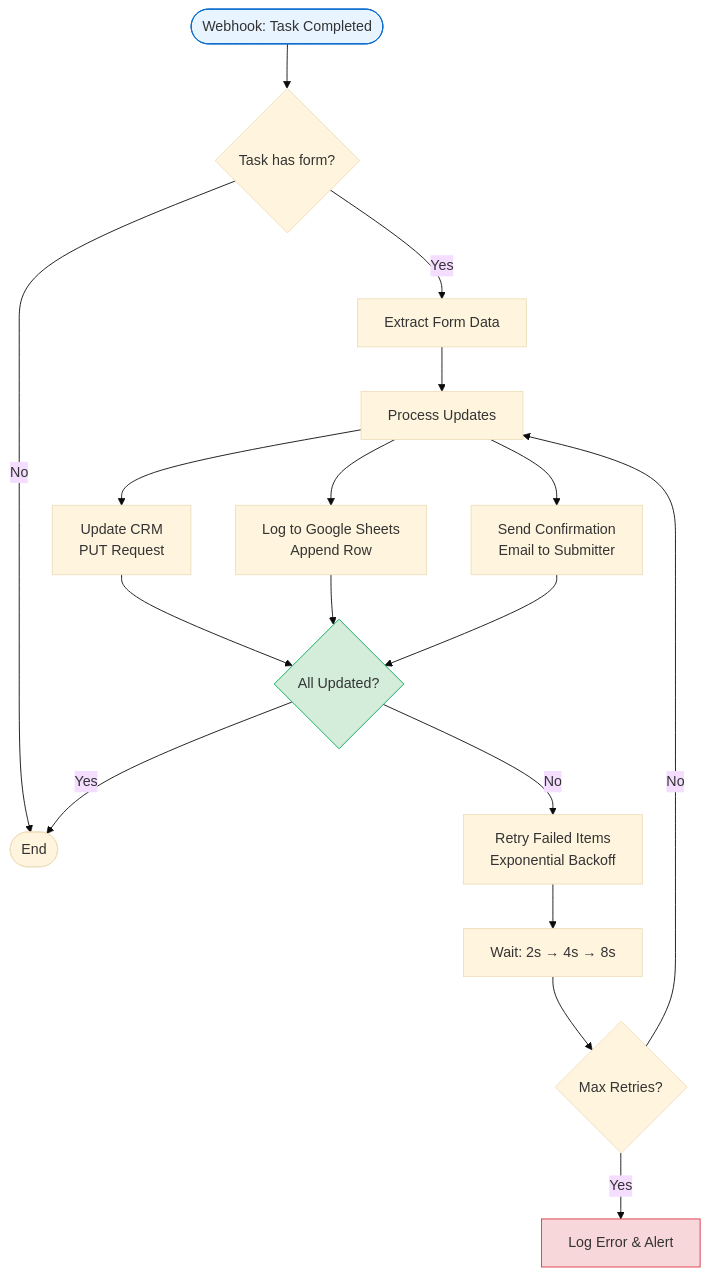
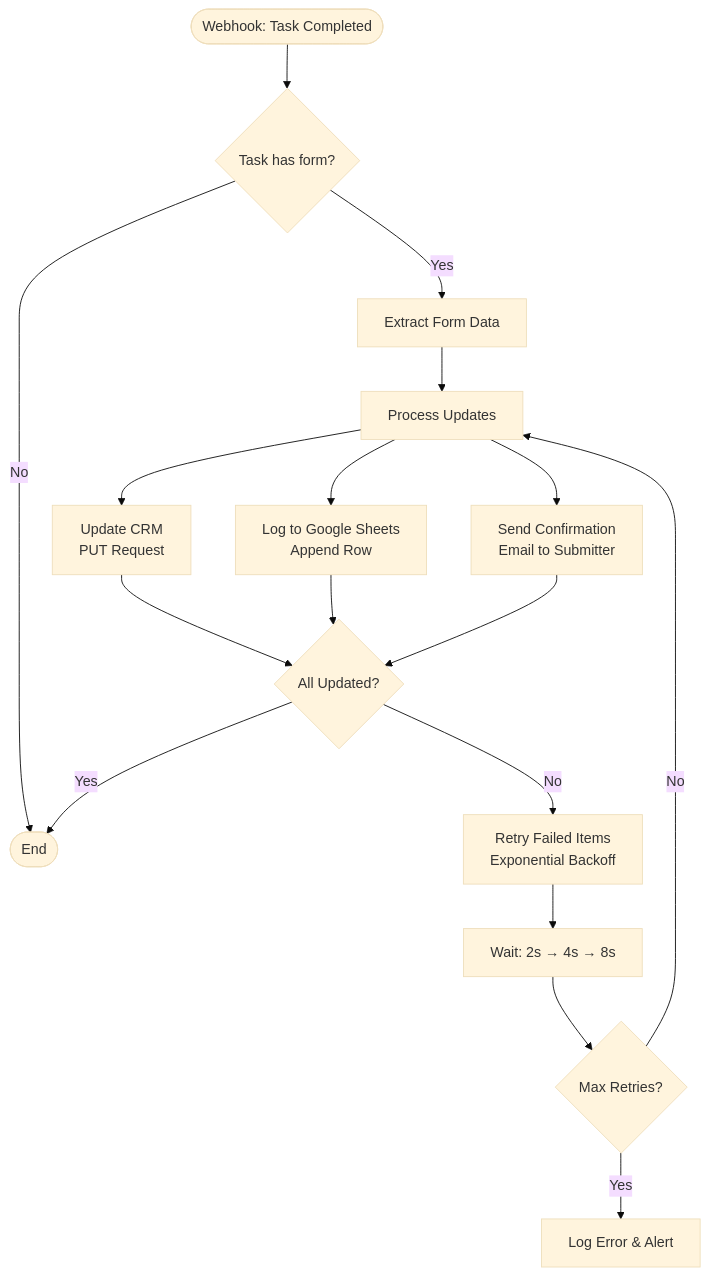
Before and after one commit to tallyfy/documentation: the diagram in src/content/docs/pro/integrations/middleware/n8n/common-n8n-workflow-examples.mdx, drawn with Mermaid (base theme). The commit also changed 13 other files, not shown here.

First line of the commit message:
Remove style directives from Mermaid diagrams across documentation

````diff
--- a/src/content/docs/pro/integrations/middleware/n8n/common-n8n-workflow-examples.mdx
+++ b/src/content/docs/pro/integrations/middleware/n8n/common-n8n-workflow-examples.mdx
@@ -82,32 +82,29 @@
 ```mermaid
 flowchart TD
     Start([Webhook: Task Completed]) --> Check{Task has form?}
     
     Check -->|Yes| Extract[Extract Form Data]
     Check -->|No| End([End])
     
     Extract --> Parallel[Process Updates]
     
     Parallel --> CRM[Update CRM<br/>PUT Request]
     Parallel --> Sheets[Log to Google Sheets<br/>Append Row]
     Parallel --> Email[Send Confirmation<br/>Email to Submitter]
     
     CRM --> Success{All Updated?}
     Sheets --> Success
     Email --> Success
     
     Success -->|Yes| End
     Success -->|No| Retry[Retry Failed Items<br/>Exponential Backoff]
     
     Retry --> Wait[Wait: 2s → 4s → 8s]
     Wait --> Check2{Max Retries?}
     Check2 -->|No| Parallel
     Check2 -->|Yes| Error[Log Error & Alert]
     
-    style Start fill:#E8F4FF,stroke:#0066CC
-    style Success fill:#D4EDDA,stroke:#00AA55
-    style Error fill:#F8D7DA,stroke:#DC3545
     
     click Extract "/products/pro/tracking-and-tasks/tasks/what-are-form-fields-in-tallyfy/" "Learn about form fields"
     click CRM "/products/pro/integrations/" "Integration options"
 ```
````
